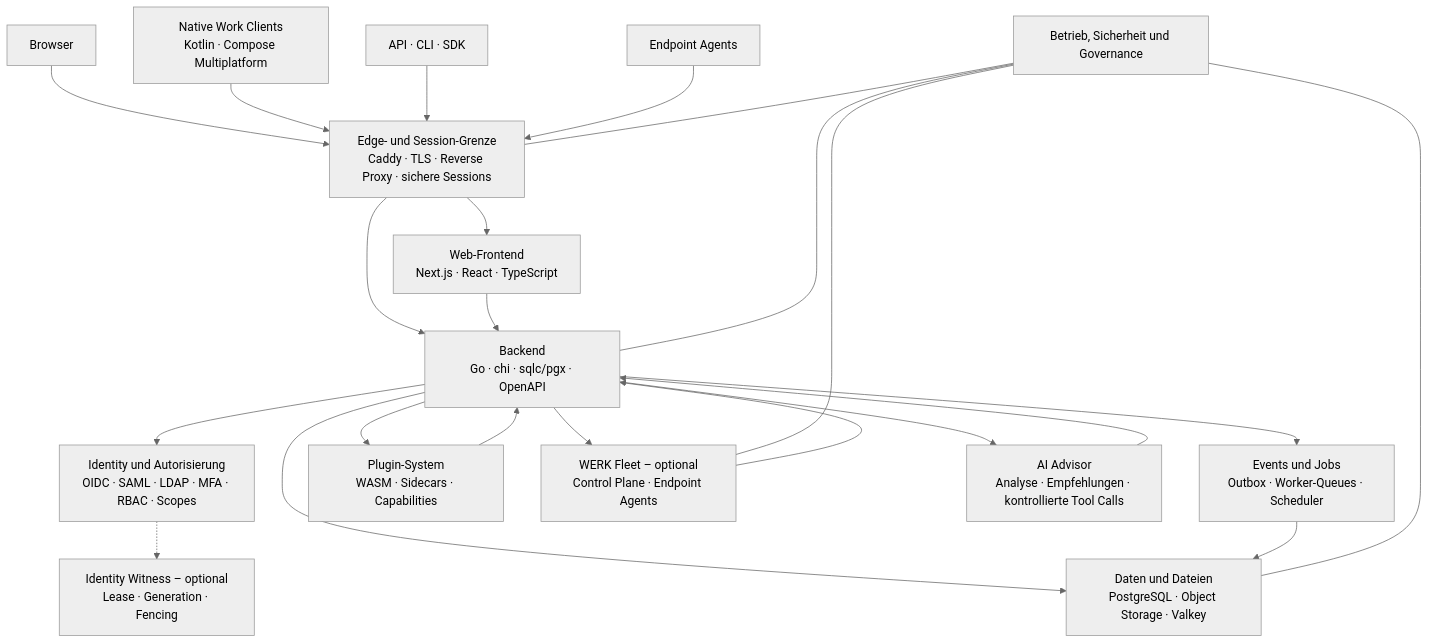
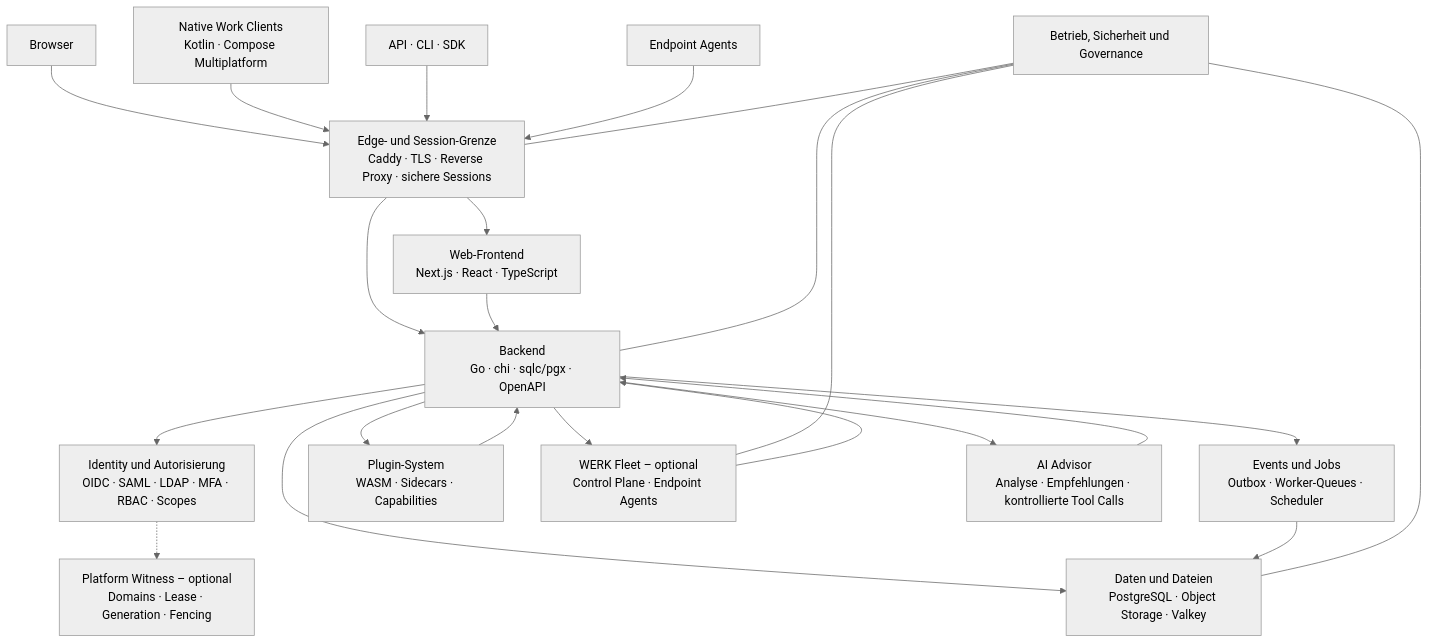
One commit to dytonpictures/werk-plattform changed the diagram in docs/vision.md. Above: the diagram before and after it, drawn with Mermaid (neutral theme). The commit also changed other lines of this file and 94 other files, not shown here.

````diff
--- a/docs/vision.md
+++ b/docs/vision.md
@@ -118,41 +118,41 @@
 ```mermaid
 flowchart TB
     Browser["Browser"]
     Native["Native Work Clients<br/>Kotlin · Compose Multiplatform"]
     Automation["API · CLI · SDK"]
     Agents["Endpoint Agents"]
     Edge["Edge- und Session-Grenze<br/>Caddy · TLS · Reverse Proxy · sichere Sessions"]
     IAM["Identity und Autorisierung<br/>OIDC · SAML · LDAP · MFA · RBAC · Scopes"]
-    Witness["Identity Witness – optional<br/>Lease · Generation · Fencing"]
+    Witness["Platform Witness – optional<br/>Domains · Lease · Generation · Fencing"]
     Frontend["Web-Frontend<br/>Next.js · React · TypeScript"]
     Backend["Backend<br/>Go · chi · sqlc/pgx · OpenAPI"]
     Jobs["Events und Jobs<br/>Outbox · Worker-Queues · Scheduler"]
     Data["Daten und Dateien<br/>PostgreSQL · Object Storage · Valkey"]
     Plugins["Plugin-System<br/>WASM · Sidecars · Capabilities"]
     Fleet["WERK Fleet – optional<br/>Control Plane · Endpoint Agents"]
     AI["AI Advisor<br/>Analyse · Empfehlungen · kontrollierte Tool Calls"]
     Ops["Betrieb, Sicherheit und Governance"]
 
     Browser --> Edge
     Native --> Edge
     Automation --> Edge
     Agents --> Edge
     Edge --> Frontend
     Edge --> Backend
     Frontend --> Backend
     Backend --> IAM
     IAM -.-> Witness
     Backend --> Jobs
     Backend --> Data
     Backend --> Plugins
     Backend --> Fleet
     Backend --> AI
     Jobs --> Data
     Plugins --> Backend
     AI --> Backend
     Fleet --> Backend
     Ops --- Edge
     Ops --- Backend
     Ops --- Data
     Ops --- Fleet
 ```
````
